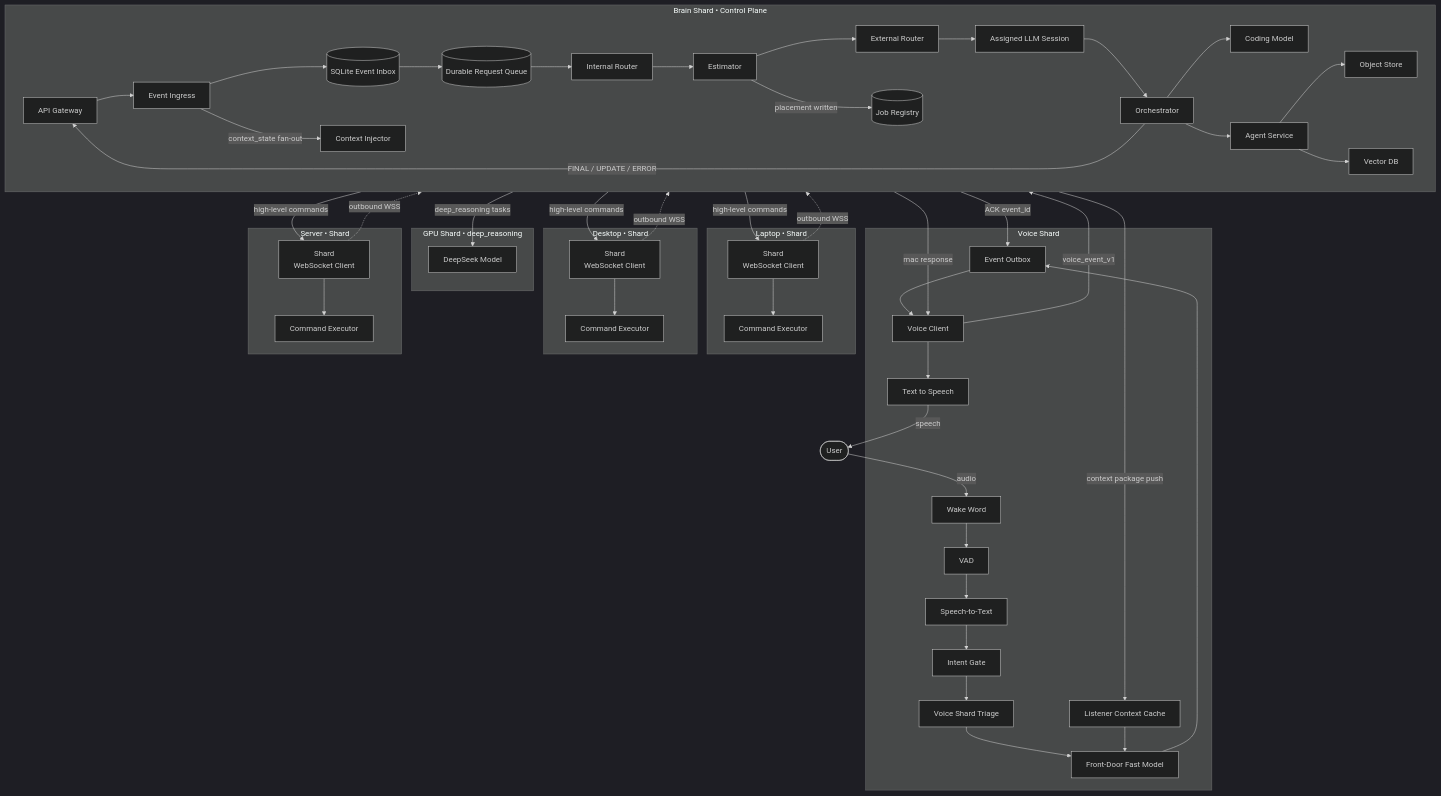
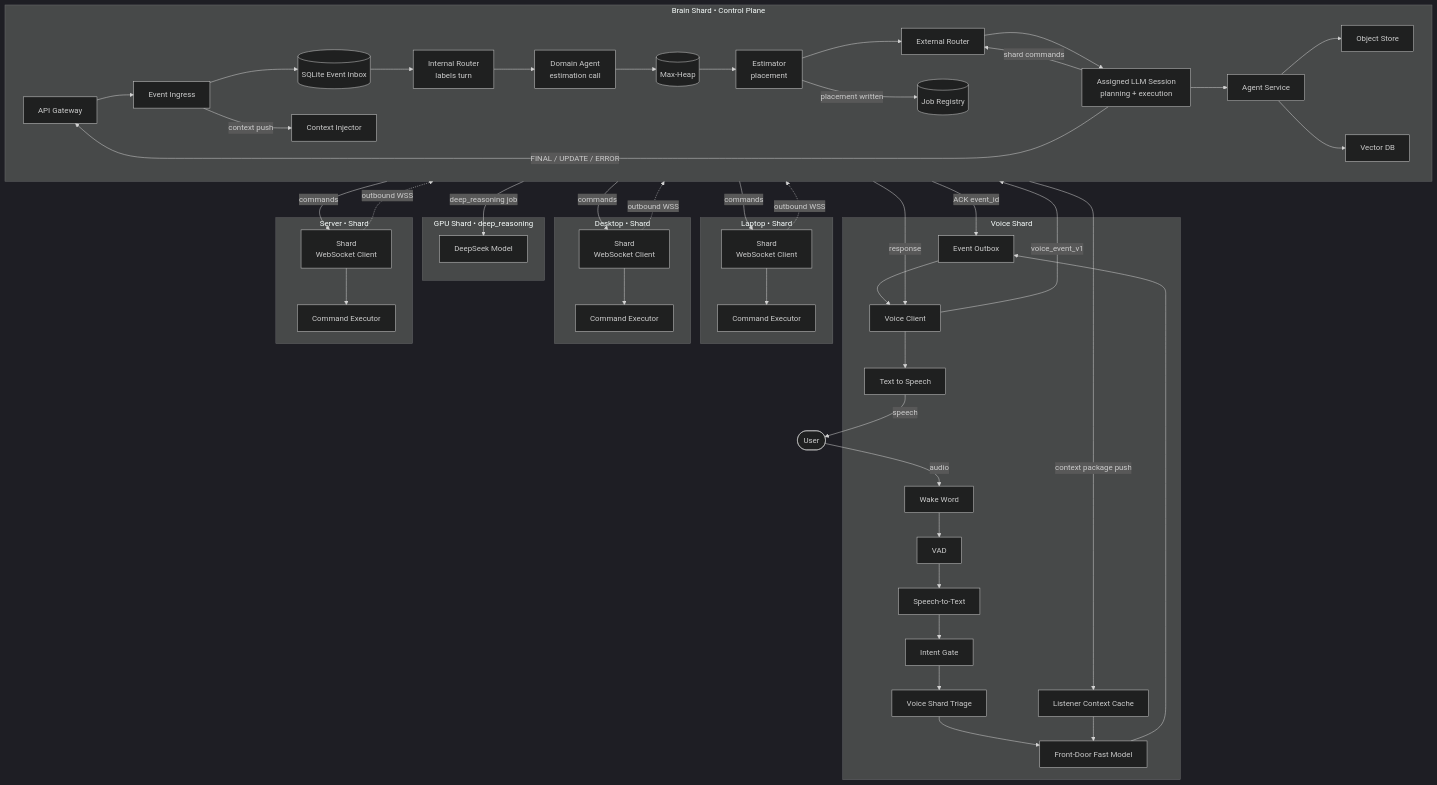
One commit to m-scanlon/tony-stark-was-able-tobuild-this-in-a-cave changed the first of 3 diagrams in docs/arch/v1/scyra.md. Above: the diagram before and after it, drawn with Mermaid (dark theme). The commit also changed other lines of this file, not shown here.

Commit message:
Fix both flowchart diagrams in scyra.md
Section 3.2 (simple overview):
- Remove ORCH and QUEUE nodes
- Add DAGENT (domain agent estimation call) and HEAP (max-heap) between IRTR and EST
- SESSION is now the terminal processing node (no orchestrator on top)
- SESSION --> PROJ directly; SESSION dispatches shard commands via ERTR
- Response path: SESSION -->|FINAL/UPDATE/ERROR| APIGW (not ORCH)

Section 6 (detailed topology):
- Remove ORCH_RT (LangGraph Orchestrator) and QUEUE nodes
- Remove CLASS node (was misplaced after ORCH_RT)
- Add DAGENT (domain agent self-selects, estimation call) and HEAP between IRTR and EST
- SESSION now owns CODER, PROJ, TOOLS directly
- ERTR dispatches deep_reasoning job to LLM; completion returns to SESSION
- CIX described correctly (watches state, pushes to devices)
- Response path: SESSION -->|FINAL/UPDATE/ERROR| APIGW

````diff
--- a/docs/arch/v1/scyra.md
+++ b/docs/arch/v1/scyra.md
@@ -62,24 +62,22 @@
     APIGW[API Gateway]
     INGRESS[Event Ingress]
     INBOX[(SQLite Event Inbox)]
-    QUEUE[(Durable Request Queue)]
-    IRTR[Internal Router]
-    EST[Estimator]
+    IRTR[Internal Router<br/>labels turn]
+    DAGENT[Domain Agent<br/>estimation call]
+    HEAP[(Max-Heap)]
+    EST[Estimator<br/>placement]
     JOBREG[(Job Registry)]
     ERTR[External Router]
-    SESSION[Assigned LLM Session]
-    ORCH[Orchestrator]
+    SESSION[Assigned LLM Session<br/>planning + execution]
     CIX[Context Injector]
-    CODER[Coding Model]
     PROJ[Agent Service]
     OBJ[Object Store]
     VDB[Vector DB]
 
-    APIGW --> INGRESS --> INBOX --> QUEUE --> IRTR --> EST --> ERTR --> SESSION --> ORCH
+    APIGW --> INGRESS --> INBOX --> IRTR --> DAGENT --> HEAP --> EST --> ERTR --> SESSION
     EST -->|placement written| JOBREG
-    INGRESS -->|context_state fan-out| CIX
-    ORCH --> CODER
-    ORCH --> PROJ
+    INGRESS -->|context push| CIX
+    SESSION --> PROJ
     PROJ --> OBJ
     PROJ --> VDB
   end
@@ -96,9 +94,9 @@
   end
 
   subgraph DESKTOP[Desktop • Shard]
-    DAGENT[Shard\nWebSocket Client]
+    DAGENT2[Shard\nWebSocket Client]
     DEXEC[Command Executor]
-    DAGENT --> DEXEC
+    DAGENT2 --> DEXEC
   end
 
   subgraph SERVER[Server • Shard]
@@ -113,19 +111,20 @@
   INBOX -->|ACK event_id| OBOX
 
   %% Response path
-  ORCH -->|FINAL / UPDATE / ERROR| APIGW
-  APIGW -->|mac response| VCLIENT
+  SESSION -->|FINAL / UPDATE / ERROR| APIGW
+  APIGW -->|response| VCLIENT
   TTS -->|speech| USER
 
-  %% Shard routing
-  ORCH -->|deep_reasoning tasks| DEEP
+  %% Shard dispatch (External Router)
+  ERTR -->|deep_reasoning job| DEEP
   CIX -->|context package push| LCACHE
-  ORCH -->|high-level commands| LAGENT
-  ORCH -->|high-level commands| DAGENT
-  ORCH -->|high-level commands| SAGENT
+  SESSION -->|shard commands| ERTR
+  ERTR -->|commands| LAGENT
+  ERTR -->|commands| DAGENT2
+  ERTR -->|commands| SAGENT
 
   %% Secure outbound connections (Shards initiate)
   LAGENT -.->|outbound WSS| CTRL
-  DAGENT -.->|outbound WSS| CTRL
+  DAGENT2 -.->|outbound WSS| CTRL
   SAGENT -.->|outbound WSS| CTRL
 ```
````
